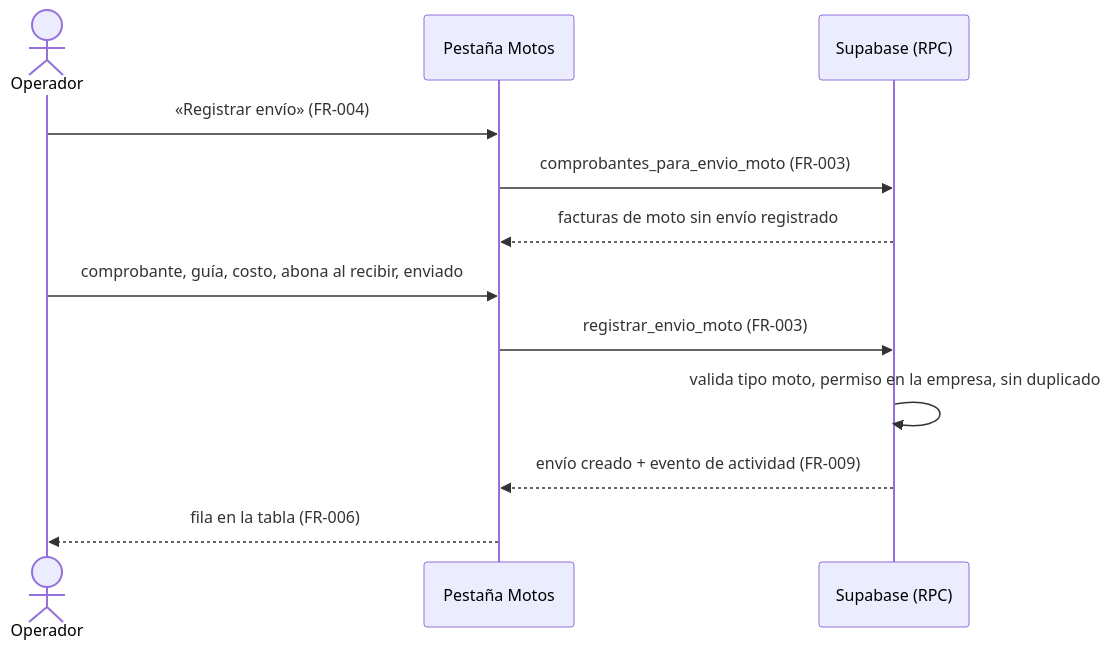
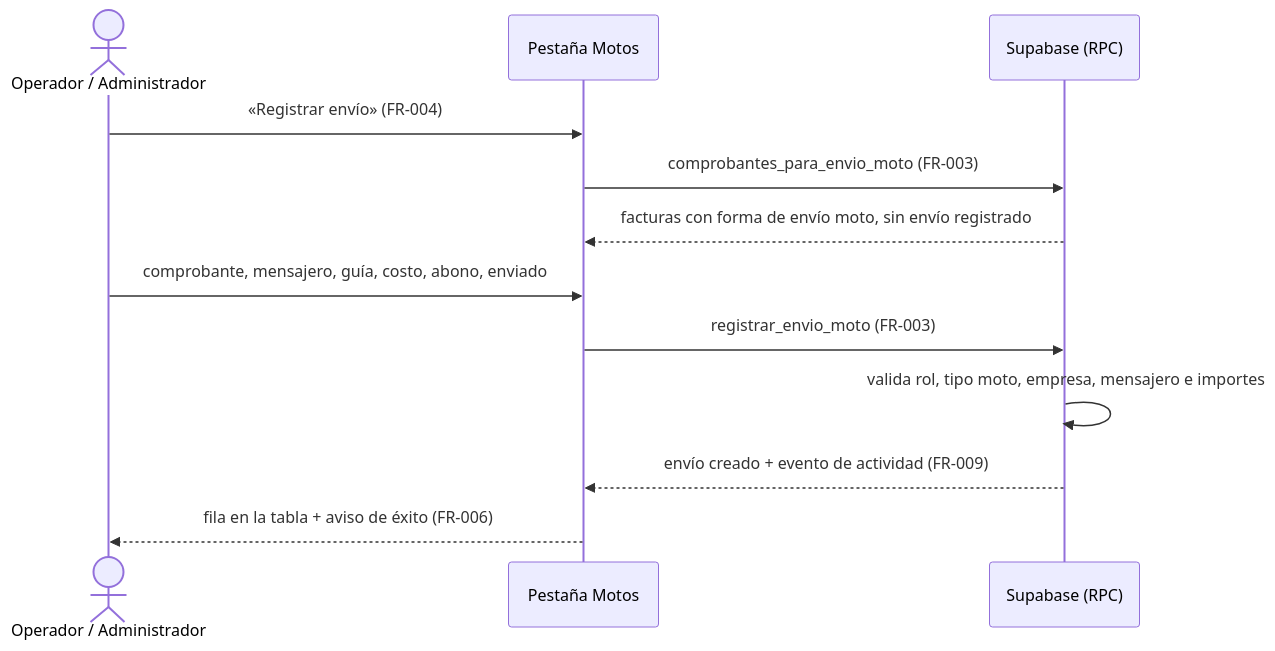
One commit to nicolasjones/multistorefront-meli changed the second of 4 diagrams in specs/20261024-130000-ventas-motos/spec.md. Above: the diagram before and after it, drawn with Mermaid. The commit also changed other lines of this file and 3 other files, not shown here.

````diff
--- a/specs/20261024-130000-ventas-motos/spec.md
+++ b/specs/20261024-130000-ventas-motos/spec.md
@@ -85,14 +104,14 @@
 ```mermaid
 sequenceDiagram
-  actor Op as Operador
+  actor Op as Operador / Administrador
   participant UI as Pestaña Motos
   participant DB as Supabase (RPC)
   Op->>UI: «Registrar envío» (FR-004)
   UI->>DB: comprobantes_para_envio_moto (FR-003)
-  DB-->>UI: facturas de moto sin envío registrado
-  Op->>UI: comprobante, guía, costo, abona al recibir, enviado
+  DB-->>UI: facturas con forma de envío moto, sin envío registrado
+  Op->>UI: comprobante, mensajero, guía, costo, abono, enviado
   UI->>DB: registrar_envio_moto (FR-003)
-  DB->>DB: valida tipo moto, permiso en la empresa, sin duplicado
+  DB->>DB: valida rol, tipo moto, empresa, mensajero e importes
   DB-->>UI: envío creado + evento de actividad (FR-009)
-  UI-->>Op: fila en la tabla (FR-006)
+  UI-->>Op: fila en la tabla + aviso de éxito (FR-006)
 ```
````
